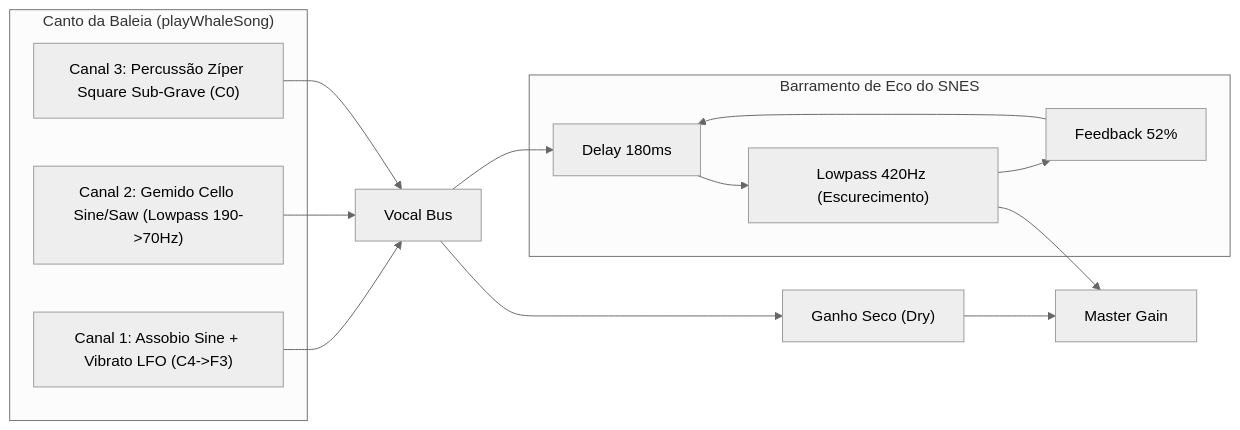
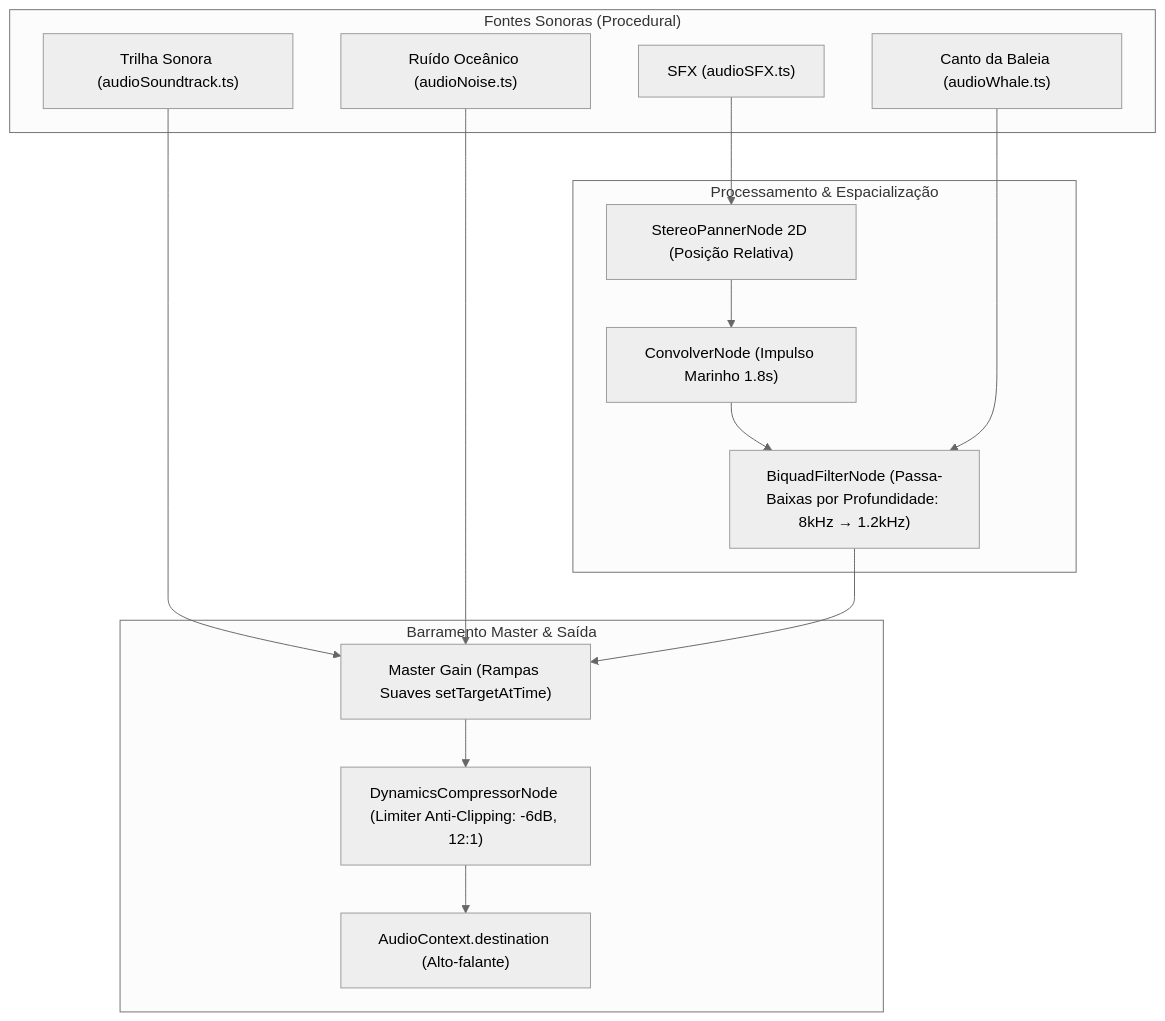
Before and after one commit to FeCruz0/micro-splash: the second of 2 diagrams in docs/ARCHITECTURE.md, drawn with Mermaid (neutral theme). The commit also changed other lines of this file and 2 other files, not shown here.

````diff
--- a/docs/ARCHITECTURE.md
+++ b/docs/ARCHITECTURE.md
@@ -100,22 +109,31 @@
 ```mermaid
-graph LR
-    subgraph SINTESE_SONAR["Canto da Baleia (playWhaleSong)"]
-        C1["Canal 1: Assobio Sine + Vibrato LFO (C4->F3)"]
-        C2["Canal 2: Gemido Cello Sine/Saw (Lowpass 190->70Hz)"]
-        C3["Canal 3: Percussão Zíper Square Sub-Grave (C0)"]
+graph TD
+    subgraph SINTESE["Fontes Sonoras (Procedural)"]
+        SFX["SFX (audioSFX.ts)"]
+        WHALE["Canto da Baleia (audioWhale.ts)"]
+        MUSIC["Trilha Sonora (audioSoundtrack.ts)"]
+        OCEAN["Ruído Oceânico (audioNoise.ts)"]
     end
 
-    subgraph DELAY_OCEAN["Barramento de Eco do SNES"]
-        DELAY["Delay 180ms"] --> FILTRO["Lowpass 420Hz (Escurecimento)"]
-        FILTRO --> FEEDBACK["Feedback 52%"]
-        FEEDBACK --> DELAY
+    subgraph PROCESSAMENTO["Processamento & Espacialização"]
+        PANNER["StereoPannerNode 2D (Posição Relativa)"]
+        REVERB["ConvolverNode (Impulso Marinho 1.8s)"]
+        FILTER["BiquadFilterNode (Passa-Baixas por Profundidade: 8kHz → 1.2kHz)"]
     end
 
-    C1 --> VOCAL_BUS["Vocal Bus"]
-    C2 --> VOCAL_BUS
-    C3 --> VOCAL_BUS
-    VOCAL_BUS --> DRY["Ganho Seco (Dry)"]
-    VOCAL_BUS --> DELAY
-    DRY --> MASTER["Master Gain"]
-    FILTRO --> MASTER
+    subgraph MASTERING["Barramento Master & Saída"]
+        MASTER["Master Gain (Rampas Suaves setTargetAtTime)"]
+        LIMITER["DynamicsCompressorNode (Limiter Anti-Clipping: -6dB, 12:1)"]
+        DEST["AudioContext.destination (Alto-falante)"]
+    end
+
+    SFX --> PANNER
+    PANNER --> REVERB
+    REVERB --> FILTER
+    WHALE --> FILTER
+    MUSIC --> MASTER
+    OCEAN --> MASTER
+    FILTER --> MASTER
+    MASTER --> LIMITER
+    LIMITER --> DEST
 ```
````
